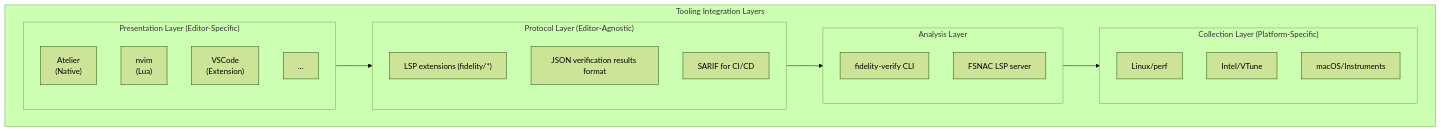
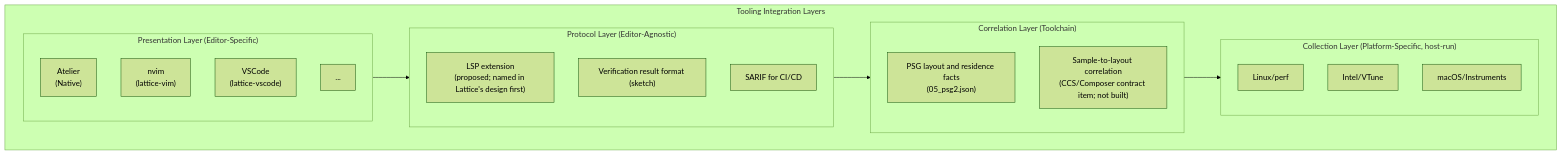
The first of 3 diagrams in docs/08_tooling_integration.md (FidelityFramework/Atelier), drawn with Mermaid (forest theme) before and after one commit. The commit also changed other lines of this file and 23 other files, not shown here.

Commit message:
docs: align to the PSG-as-authority view; clef/* extension namespace; wren naming (on top of rename sweep)

````diff
--- a/docs/08_tooling_integration.md
+++ b/docs/08_tooling_integration.md
@@ -17,30 +17,30 @@
 ```mermaid
 flowchart TB
     subgraph layers["Tooling Integration Layers"]
         subgraph presentation["Presentation Layer (Editor-Specific)"]
             atelier["Atelier<br/>(Native)"]
-            nvim["nvim<br/>(Lua)"]
-            vscode["VSCode<br/>(Extension)"]
+            nvim["nvim<br/>(lattice-vim)"]
+            vscode["VSCode<br/>(lattice-vscode)"]
             more["..."]
         end
 
         subgraph protocol["Protocol Layer (Editor-Agnostic)"]
-            lsp["LSP extensions (fidelity/*)"]
-            json["JSON verification results format"]
+            lsp["LSP extension<br/>(proposed; named in Lattice's design first)"]
+            json["Verification result format (sketch)"]
             sarif["SARIF for CI/CD"]
         end
 
-        subgraph analysis["Analysis Layer"]
-            cli["fidelity-verify CLI"]
-            fsnac["FSNAC LSP server"]
+        subgraph analysis["Correlation Layer (Toolchain)"]
+            psgfacts["PSG layout and residence facts<br/>(05_psg2.json)"]
+            corr["Sample-to-layout correlation<br/>(CCS/Composer contract item; not built)"]
         end
 
-        subgraph collection["Collection Layer (Platform-Specific)"]
+        subgraph collection["Collection Layer (Platform-Specific, host-run)"]
             perf["Linux/perf"]
             vtune["Intel/VTune"]
             instr["macOS/Instruments"]
         end
     end
 
     presentation --> protocol --> analysis --> collection
 ```
````
